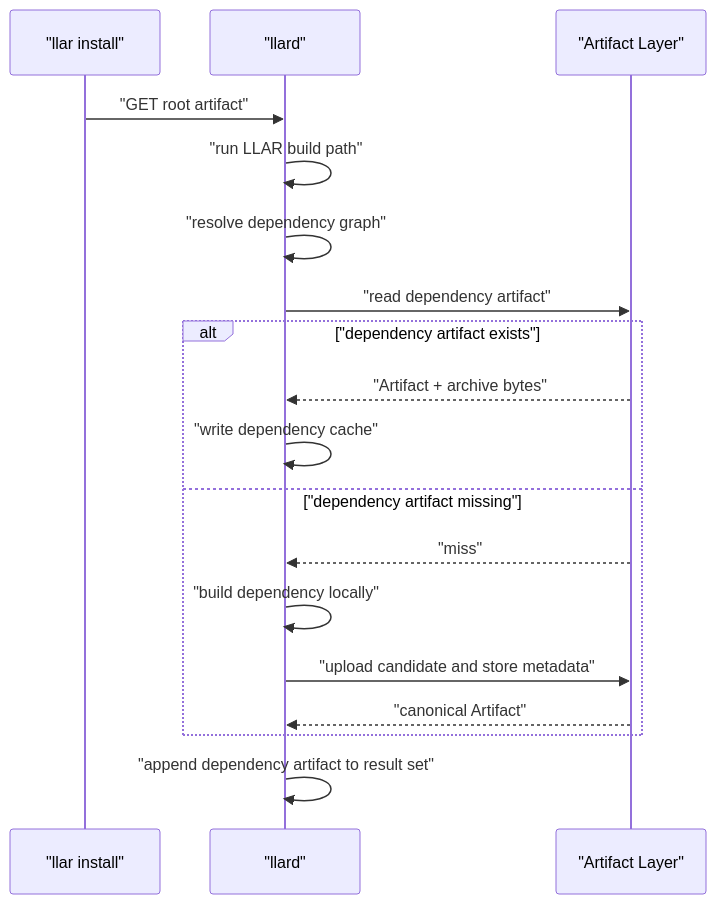
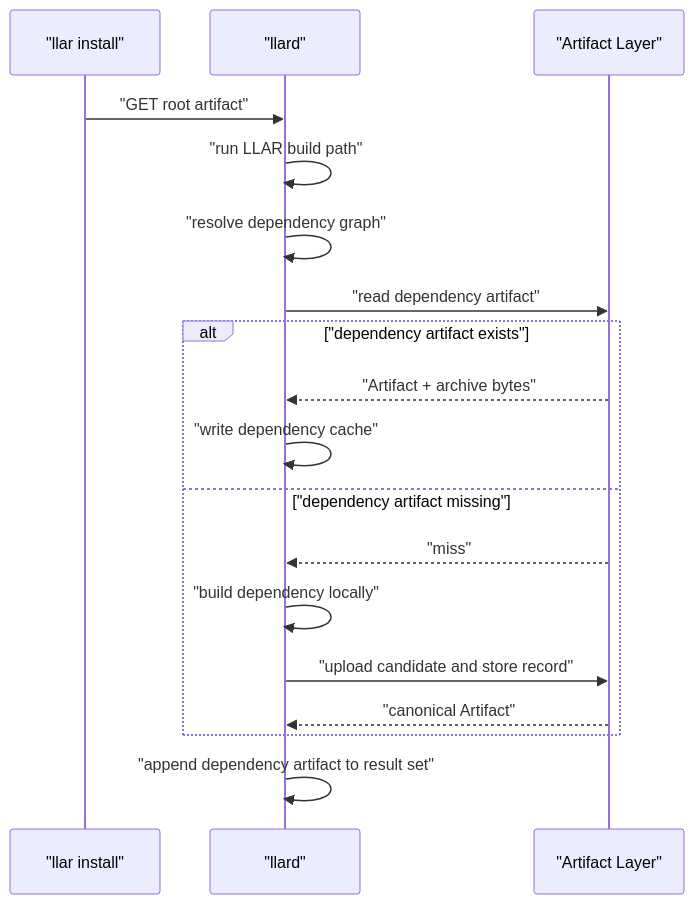
Before and after one commit to MeteorsLiu/llar: the fourth of 6 diagrams in docs/superpowers/specs/2026-06-08-cloud-build-worker-architecture.md, drawn with Mermaid. The commit also changed other lines of this file and 6 other files, not shown here.

````diff
--- a/docs/superpowers/specs/2026-06-08-cloud-build-worker-architecture.md
+++ b/docs/superpowers/specs/2026-06-08-cloud-build-worker-architecture.md
@@ -458,21 +317,21 @@
 ```mermaid
 sequenceDiagram
   participant Client as "llar install"
   participant Llard as "llard"
   participant Artifact as "Artifact Layer"
 
   Client->>Llard: "GET root artifact"
   Llard->>Llard: "run LLAR build path"
   Llard->>Llard: "resolve dependency graph"
   Llard->>Artifact: "read dependency artifact"
   alt "dependency artifact exists"
     Artifact-->>Llard: "Artifact + archive bytes"
     Llard->>Llard: "write dependency cache"
   else "dependency artifact missing"
     Artifact-->>Llard: "miss"
     Llard->>Llard: "build dependency locally"
-    Llard->>Artifact: "upload candidate and store metadata"
+    Llard->>Artifact: "upload candidate and store record"
     Artifact-->>Llard: "canonical Artifact"
   end
   Llard->>Llard: "append dependency artifact to result set"
 ```
````
